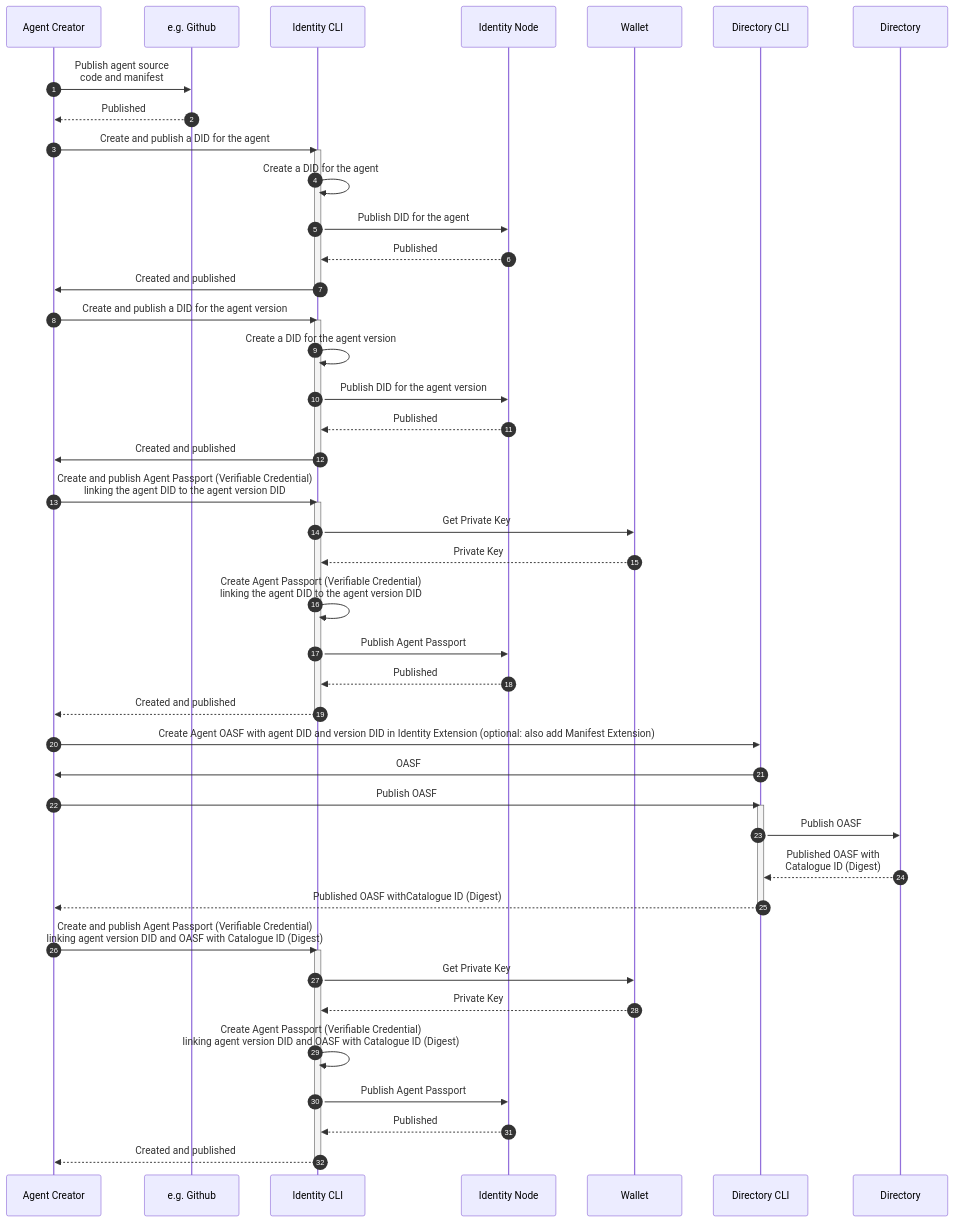
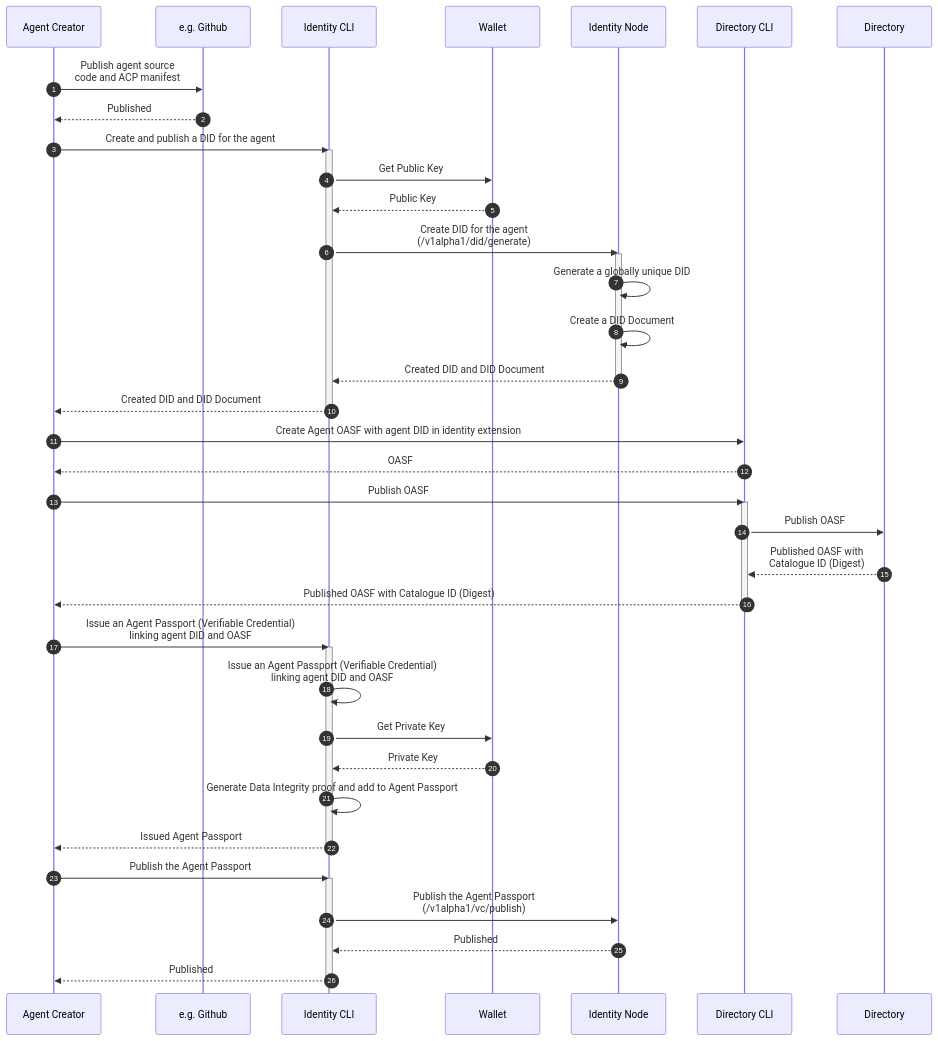
The first of 4 diagrams in docs-src/docs/specs/flows/agntcy.md (agntcy/identity-spec), drawn with Mermaid before and after one commit. The commit also changed other lines of this file and 1 other file, not shown here.

Commit message:
doc(seq): introduced a new version of the agntcy seq flows

````diff
--- a/docs-src/docs/specs/flows/agntcy.md
+++ b/docs-src/docs/specs/flows/agntcy.md
@@ -9,60 +9,52 @@
 ```mermaid
 sequenceDiagram
 autonumber
 
 % Create a new agent
-Agent Creator->>e.g. Github: Publish agent source<br/>code and manifest
+Agent Creator->>e.g. Github: Publish agent source<br/>code and ACP manifest
 e.g. Github-->>Agent Creator: Published
 
-% Create a DID for the agent
+% Create a DID and a DID Document for the agent
 Agent Creator->>Identity CLI: Create and publish a DID for the agent
 activate Identity CLI
-Identity CLI->>Identity CLI: Create a DID for the agent
-Identity CLI->>Identity Node: Publish DID for the agent
-Identity Node-->>Identity CLI: Published
-Identity CLI->>Agent Creator: Created and published
+Identity CLI->>Wallet: Get Public Key
+Wallet-->>Identity CLI: Public Key
+Identity CLI->>Identity Node: Create DID for the agent<br/>(/v1alpha1/did/generate)
+activate Identity Node
+Identity Node->>Identity Node: Generate a globally unique DID
+Identity Node->>Identity Node: Create a DID Document
+Identity Node-->>Identity CLI: Created DID and DID Document
+deactivate Identity Node
+Identity CLI-->>Agent Creator: Created DID and DID Document
 deactivate Identity CLI
 
-% Create a DID for the agent version
-Agent Creator->>Identity CLI: Create and publish a DID for the agent version
-activate Identity CLI
-Identity CLI->>Identity CLI: Create a DID for the agent version
-Identity CLI->>Identity Node: Publish DID for the agent version
-Identity Node-->>Identity CLI: Published
-Identity CLI->>Agent Creator: Created and published
-deactivate Identity CLI
-
-% Create + publish a Verifiable Credential linking the agent to the agent version
-Agent Creator->>Identity CLI: Create and publish Agent Passport (Verifiable Credential)<br/>linking the agent DID to the agent version DID
-activate Identity CLI
-Identity CLI->>Wallet: Get Private Key
-Wallet-->>Identity CLI: Private Key
-Identity CLI->>Identity CLI: Create Agent Passport (Verifiable Credential)<br/>linking the agent DID to the agent version DID
-Identity CLI->>Identity Node: Publish Agent Passport
-Identity Node-->>Identity CLI: Published
-Identity CLI-->>Agent Creator: Created and published
-deactivate Identity CLI
-
-% Add DID to the agent's OASF
-Agent Creator->>Directory CLI: Create Agent OASF with agent DID and version DID in Identity Extension (optional: also add Manifest Extension)
-Directory CLI->>Agent Creator: OASF
+% Create the agent's OASF and add DID to it
+Agent Creator->>Directory CLI: Create Agent OASF with agent DID in identity extension
+Directory CLI-->>Agent Creator: OASF
 
 % Publish agent OASF
 Agent Creator->>Directory CLI: Publish OASF
 activate Directory CLI
 Directory CLI->>Directory: Publish OASF
 Directory-->>Directory CLI: Published OASF with<br/>Catalogue ID (Digest)
-Directory CLI-->>Agent Creator: Published OASF withCatalogue ID (Digest)
+Directory CLI-->>Agent Creator: Published OASF with Catalogue ID (Digest)
 deactivate Directory CLI
 
-% Create + Publish Verifiable Credential linking agent version DID + OASF with Catalogue ID (Digest)
-Agent Creator->>Identity CLI: Create and publish Agent Passport (Verifiable Credential)<br/>linking agent version DID and OASF with Catalogue ID (Digest)
+% Create Verifiable Credential linking agent DID + OASF
+Agent Creator->>Identity CLI: Issue an Agent Passport (Verifiable Credential)<br/>linking agent DID and OASF
 activate Identity CLI
+Identity CLI->>Identity CLI: Issue an Agent Passport (Verifiable Credential)<br/>linking agent DID and OASF
 Identity CLI->>Wallet: Get Private Key
 Wallet-->>Identity CLI: Private Key
-Identity CLI->>Identity CLI: Create Agent Passport (Verifiable Credential)<br/>linking agent version DID and OASF with Catalogue ID (Digest)
-Identity CLI->>Identity Node: Publish Agent Passport
+Identity CLI->>Identity CLI: Generate Data Integrity proof and add to Agent Passport
+Identity CLI-->>Agent Creator: Issued Agent Passport
+deactivate Identity CLI
+
+% Publish the Verifiable Credential
+Agent Creator->>Identity CLI: Publish the Agent Passport
+activate Identity CLI
+Identity CLI->>Identity Node: Publish the Agent Passport<br/>(/v1alpha1/vc/publish)
 Identity Node-->>Identity CLI: Published
-Identity CLI-->>Agent Creator: Created and published
+Identity CLI-->>Agent Creator: Published
 deactivate Identity CLI
 ```
````
